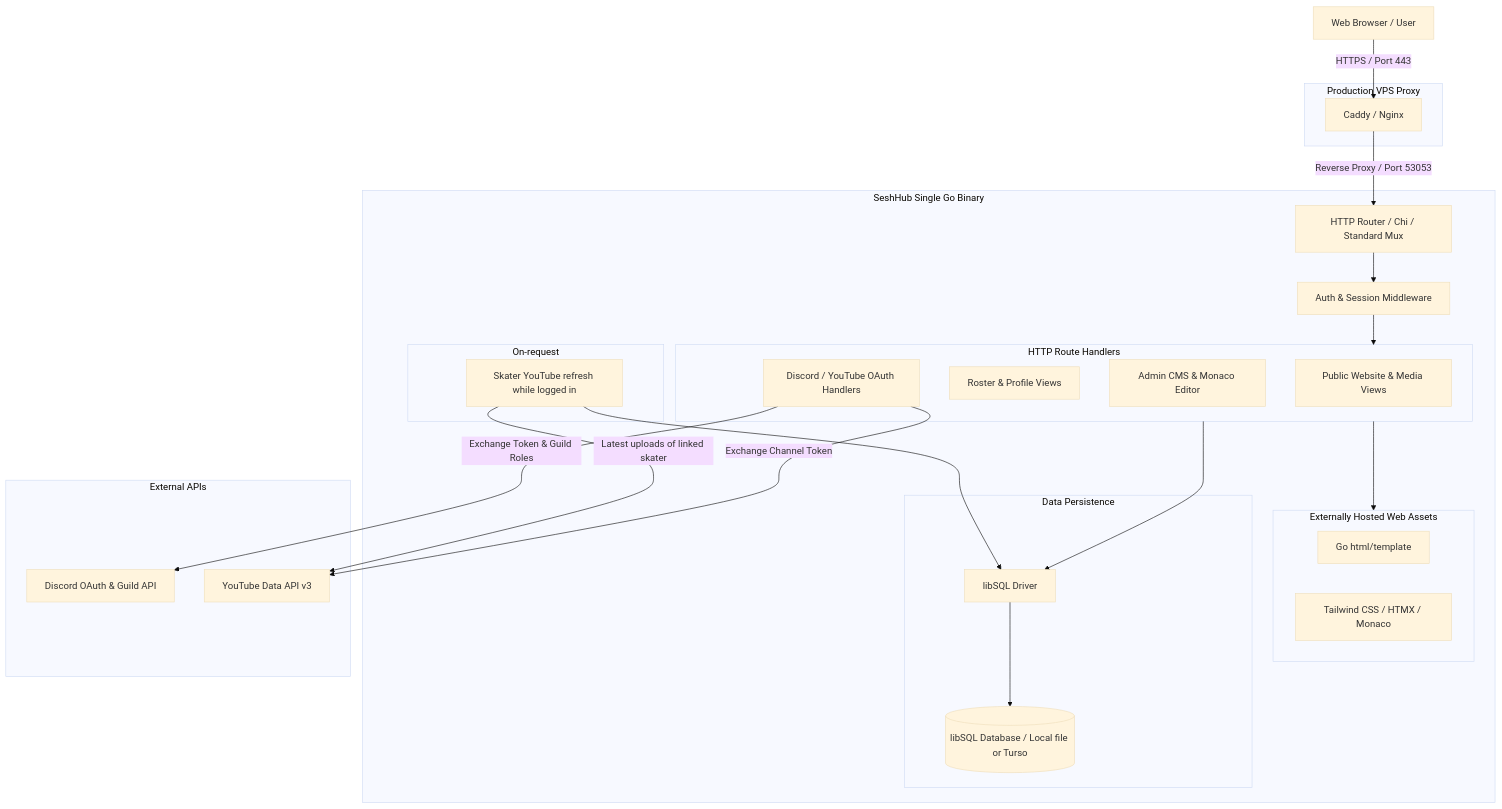
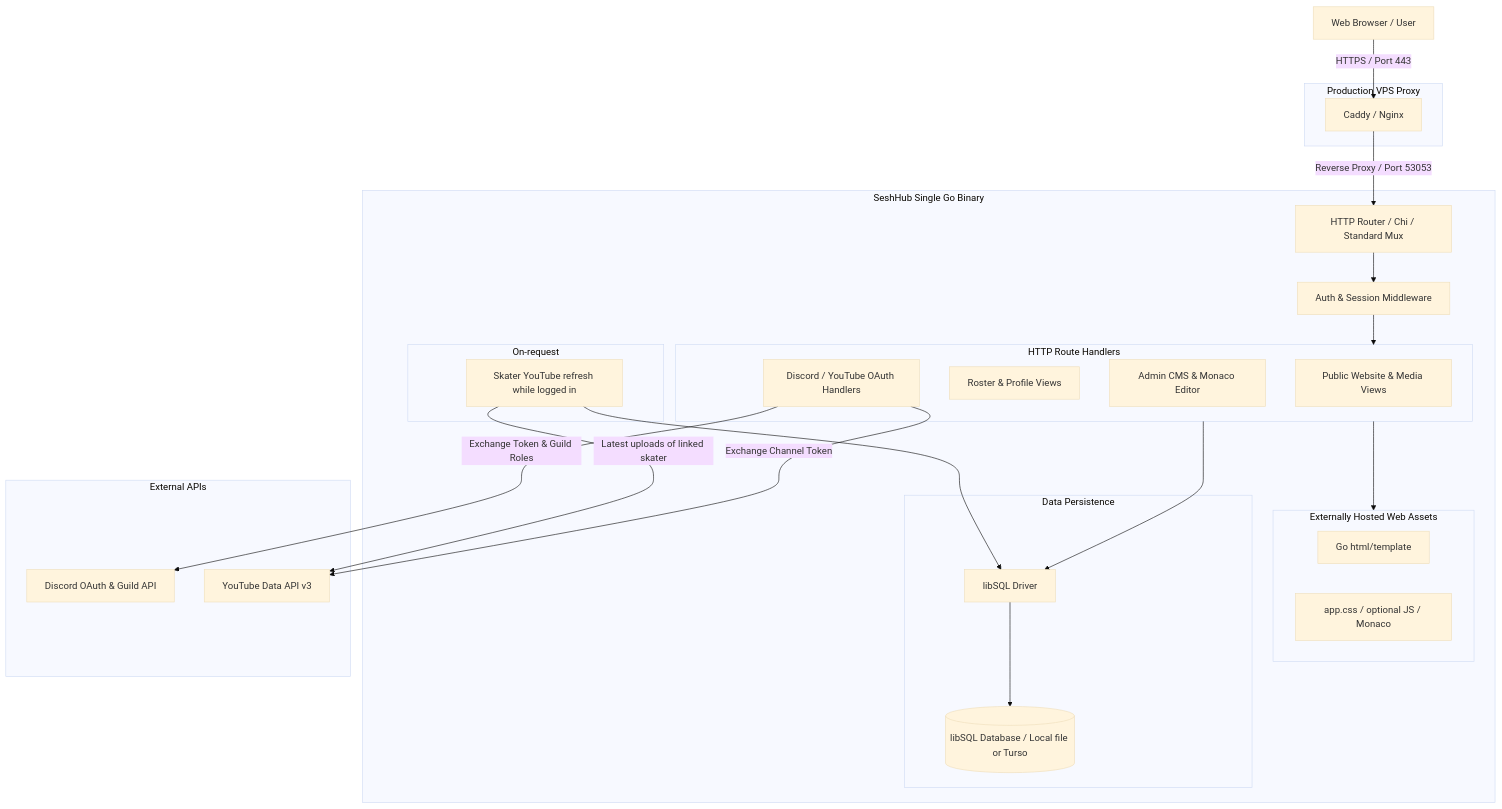
One commit to iamtew/SeshHub changed the diagram in README.md. Above: the diagram before and after it, drawn with Mermaid (base theme). The commit also changed other lines of this file and 7 other files, not shown here.

````diff
--- a/README.md
+++ b/README.md
@@ -156,51 +156,51 @@
 ```mermaid
 flowchart TD
     Client[Web Browser / User]
 
     subgraph ReverseProxy [Production VPS Proxy]
         Proxy[Caddy / Nginx]
     end
 
     subgraph SeshHubBinary [SeshHub Single Go Binary]
         Router[HTTP Router / Chi / Standard Mux]
         AuthMiddleware[Auth & Session Middleware]
         
         subgraph Handlers [HTTP Route Handlers]
             PublicHandlers[Public Website & Media Views]
             SkaterHandlers[Roster & Profile Views]
             AdminHandlers[Admin CMS & Monaco Editor]
             AuthHandlers[Discord / YouTube OAuth Handlers]
         end
         
         subgraph TemplatesLayer [Externally Hosted Web Assets]
             Templates[Go html/template]
-            StaticFiles[Tailwind CSS / HTMX / Monaco]
+            StaticFiles[app.css / optional JS / Monaco]
         end
 
         subgraph BackgroundService [On-request]
             YTWorker[Skater YouTube refresh while logged in]
         end
 
         subgraph StorageLayer [Data Persistence]
             DBDriver[libSQL Driver]
             SQLiteDB[(libSQL Database / Local file or Turso)]
         end
     end
 
     subgraph ExternalAPIs [External APIs]
         DiscordAPI[Discord OAuth & Guild API]
         YouTubeAPI[YouTube Data API v3]
     end
 
     Client -->|HTTPS / Port 443| Proxy
     Proxy -->|Reverse Proxy / Port 53053| Router
     Router --> AuthMiddleware
     AuthMiddleware --> Handlers
     Handlers --> TemplatesLayer
     Handlers --> DBDriver
     YTWorker -->|Latest uploads of linked skater| YouTubeAPI
     YTWorker --> DBDriver
     AuthHandlers -->|Exchange Token & Guild Roles| DiscordAPI
     AuthHandlers -->|Exchange Channel Token| YouTubeAPI
     DBDriver --> SQLiteDB
 ```
````
